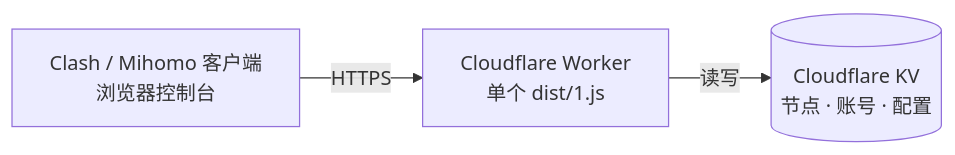
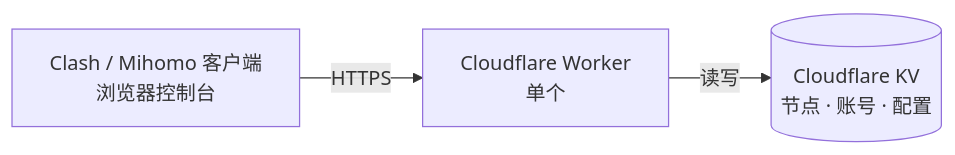
Before and after one commit to jinhuaitao/Clash: the diagram in README.md, drawn with Mermaid.

````diff
--- a/README.md
+++ b/README.md
@@ -29,5 +29,5 @@
 ```mermaid
 flowchart LR
-    C["Clash / Mihomo 客户端<br/>浏览器控制台"] -->|"HTTPS"| W["Cloudflare Worker<br/>单个 dist/1.js"]
+    C["Clash / Mihomo 客户端<br/>浏览器控制台"] -->|"HTTPS"| W["Cloudflare Worker<br/>单个 "]
     W -->|"读写"| K[("Cloudflare KV<br/>节点 · 账号 · 配置")]
 ```
````
